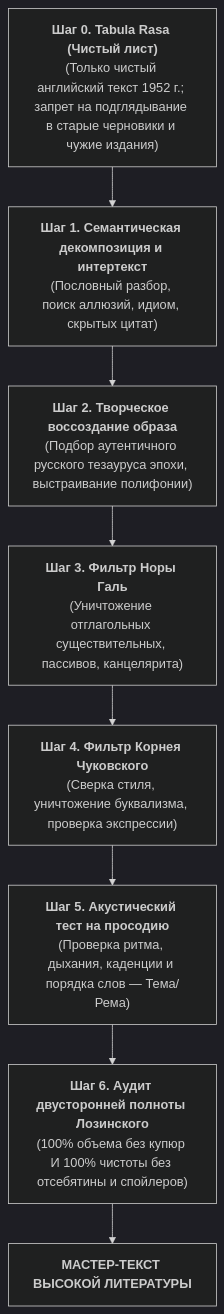
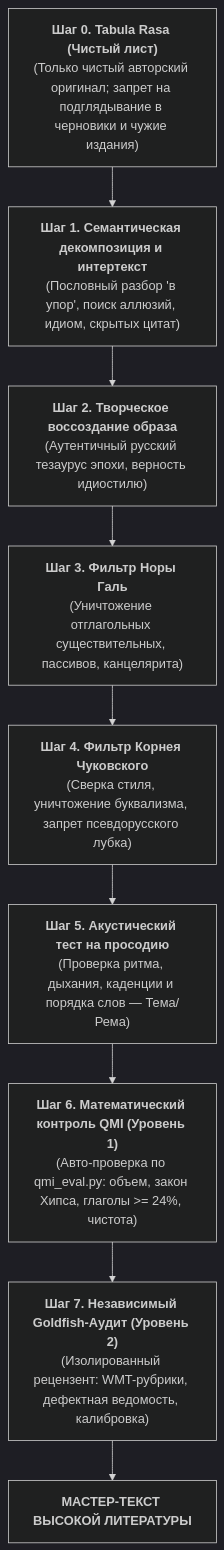
One commit to lnp/classic-russian-translation changed the fourth of 6 diagrams in AGENTS.md. Above: the diagram before and after it, drawn with Mermaid (dark theme). The commit also changed other lines of this file and 1 other file, not shown here.

Commit message:
feat: implement Section 9 Goldfish Critic Protocol v1.3.0 in AGENTS.md and README.md

````diff
--- a/AGENTS.md
+++ b/AGENTS.md
@@ -193,10 +193,11 @@
 ```mermaid
 flowchart TD
-    S0["<b>Шаг 0. Tabula Rasa (Чистый лист)</b><br/>(Только чистый английский текст 1952 г.; запрет на подглядывание в старые черновики и чужие издания)"] --> S1
-    S1["<b>Шаг 1. Семантическая декомпозиция и интертекст</b><br/>(Пословный разбор, поиск аллюзий, идиом, скрытых цитат)"] --> S2
-    S2["<b>Шаг 2. Творческое воссоздание образа</b><br/>(Подбор аутентичного русского тезауруса эпохи, выстраивание полифонии)"] --> S3
+    S0["<b>Шаг 0. Tabula Rasa (Чистый лист)</b><br/>(Только чистый авторский оригинал; запрет на подглядывание в черновики и чужие издания)"] --> S1
+    S1["<b>Шаг 1. Семантическая декомпозиция и интертекст</b><br/>(Пословный разбор 'в упор', поиск аллюзий, идиом, скрытых цитат)"] --> S2
+    S2["<b>Шаг 2. Творческое воссоздание образа</b><br/>(Аутентичный русский тезаурус эпохи, верность идиостилю)"] --> S3
     S3["<b>Шаг 3. Фильтр Норы Галь</b><br/>(Уничтожение отглагольных существительных, пассивов, канцелярита)"] --> S4
-    S4["<b>Шаг 4. Фильтр Корнея Чуковского</b><br/>(Сверка стиля, уничтожение буквализма, проверка экспрессии)"] --> S5
+    S4["<b>Шаг 4. Фильтр Корнея Чуковского</b><br/>(Сверка стиля, уничтожение буквализма, запрет псевдорусского лубка)"] --> S5
     S5["<b>Шаг 5. Акустический тест на просодию</b><br/>(Проверка ритма, дыхания, каденции и порядка слов — Тема/Рема)"] --> S6
-    S6["<b>Шаг 6. Аудит двусторонней полноты Лозинского</b><br/>(100% объема без купюр И 100% чистоты без отсебятины и спойлеров)"] --> END["<b>МАСТЕР-ТЕКСТ ВЫСОКОЙ ЛИТЕРАТУРЫ</b>"]
+    S6["<b>Шаг 6. Математический контроль QMI (Уровень 1)</b><br/>(Авто-проверка по qmi_eval.py: объем, закон Хипса, глаголы >= 24%, чистота)"] --> S7
+    S7["<b>Шаг 7. Независимый Goldfish-Аудит (Уровень 2)</b><br/>(Изолированный рецензент: WMT-рубрики, дефектная ведомость, калибровка)"] --> END["<b>МАСТЕР-ТЕКСТ ВЫСОКОЙ ЛИТЕРАТУРЫ</b>"]
 ```
````
